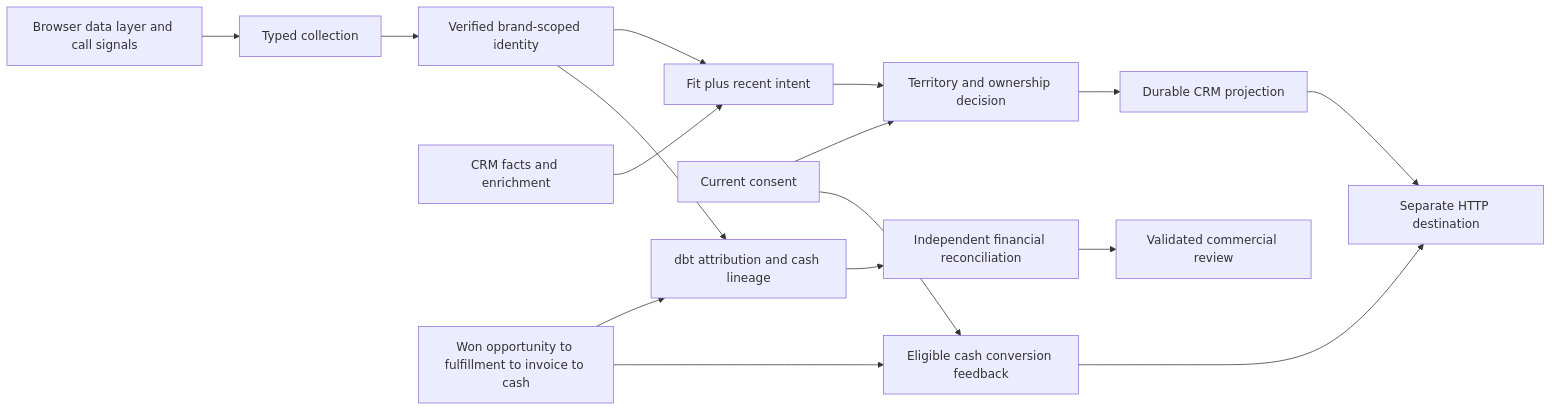
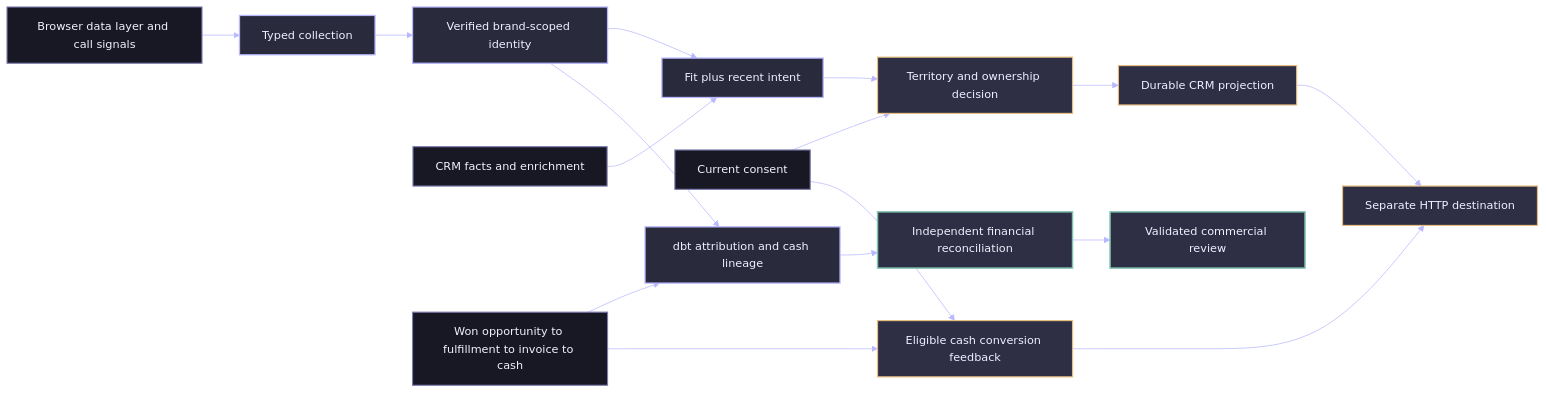
One commit to rlbsem/customer-signal-activation changed the diagram in README.md. Above: the diagram before and after it, drawn with Mermaid. The commit also changed 3 other files, not shown here.

Commit message:
Brand customer-signal diagram and set up reproducible evidence render

````diff
--- a/README.md
+++ b/README.md
@@ -23,18 +23,28 @@
 ```mermaid
+%%{init: {"theme":"base","themeVariables":{"background":"#10101D","primaryColor":"#2A2A3D","primaryTextColor":"#F0F0FF","primaryBorderColor":"#7C7CAF","lineColor":"#B8B8FF","textColor":"#F0F0FF","secondaryColor":"#181825","tertiaryColor":"#2E2E45","fontFamily":"IBM Plex Sans, Arial, sans-serif","fontSize":"15px","edgeLabelBackground":"#10101D"}}}%%
 flowchart LR
   W[Browser data layer and call signals] --> C[Typed collection]
   C --> I[Verified brand-scoped identity]
   E[CRM facts and enrichment] --> D[Fit plus recent intent]
   I --> D
   D --> R[Territory and ownership decision]
   P[Current consent] --> R
   R --> Q[Durable CRM projection]
   Q --> H[Separate HTTP destination]
   F[Won opportunity to fulfillment to invoice to cash] --> A[dbt attribution and cash lineage]
   I --> A
   A --> V[Independent financial reconciliation]
   F --> O[Eligible cash conversion feedback]
   P --> O
   O --> H
   V --> B[Validated commercial review]
+  classDef source fill:#181825,stroke:#7C7CAF,color:#F0F0FF,stroke-width:1.5px
+  classDef identity fill:#2A2A3D,stroke:#B8B8FF,color:#F0F0FF,stroke-width:1.7px
+  classDef authority fill:#2E2E45,stroke:#E3BC7F,color:#F0F0FF,stroke-width:1.6px
+  classDef verified fill:#2E2E45,stroke:#81C5B0,color:#F0F0FF,stroke-width:2px
+  class W,E,P,F source
+  class C,I,D,A identity
+  class R,Q,O,H authority
+  class V,B verified
+
 ```
````
